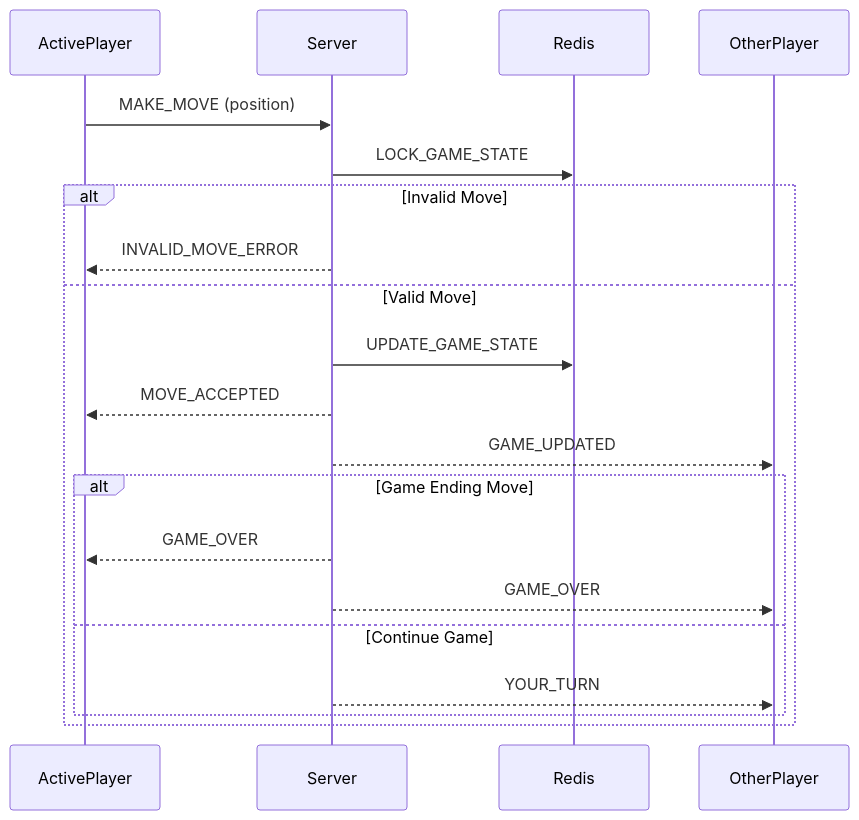
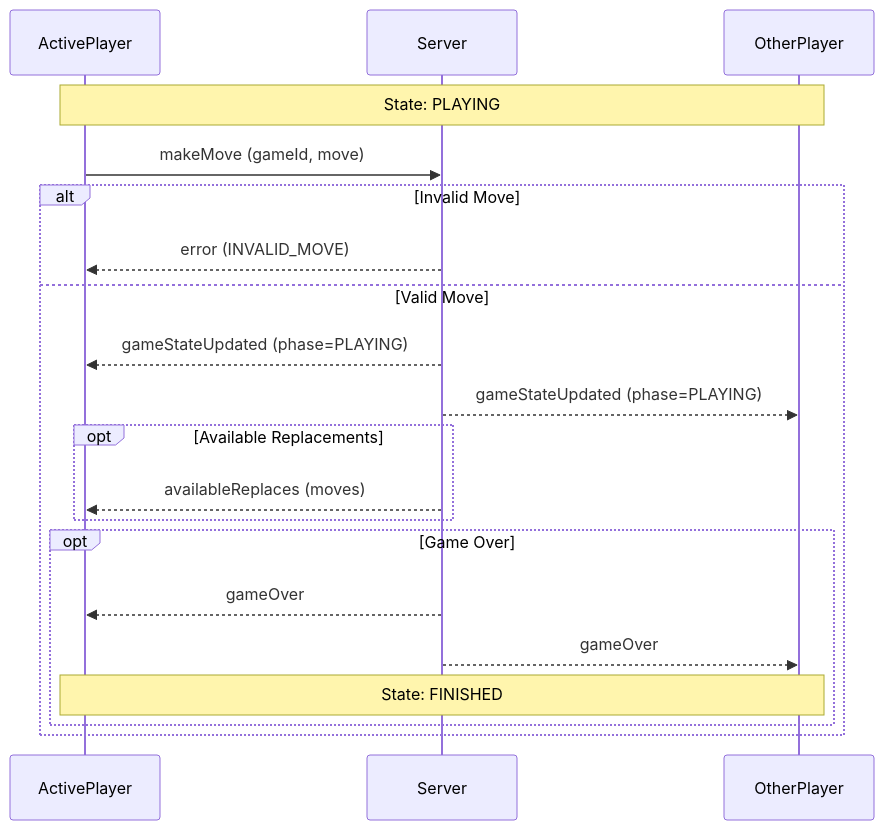
Before and after one commit to vcb88/ctorgame: the fourth of 5 diagrams in docs/GAME_FLOW.md, drawn with Mermaid. The commit also changed other lines of this file, not shown here.

Commit message:
docs: update game flow documentation with new state machine and event protocol

````diff
--- a/docs/GAME_FLOW.md
+++ b/docs/GAME_FLOW.md
@@ -176,25 +140,26 @@
 ```mermaid
 sequenceDiagram
     participant ActivePlayer
     participant Server
-    participant Redis
     participant OtherPlayer
     
-    ActivePlayer->>Server: MAKE_MOVE (position)
-    Server->>Redis: LOCK_GAME_STATE
+    Note over ActivePlayer,OtherPlayer: State: PLAYING
+    ActivePlayer->>Server: makeMove (gameId, move)
     
     alt Invalid Move
-        Server-->>ActivePlayer: INVALID_MOVE_ERROR
+        Server-->>ActivePlayer: error (INVALID_MOVE)
     else Valid Move
-        Server->>Redis: UPDATE_GAME_STATE
-        Server-->>ActivePlayer: MOVE_ACCEPTED
-        Server-->>OtherPlayer: GAME_UPDATED
+        Server-->>ActivePlayer: gameStateUpdated (phase=PLAYING)
+        Server-->>OtherPlayer: gameStateUpdated (phase=PLAYING)
         
-        alt Game Ending Move
-            Server-->>ActivePlayer: GAME_OVER
-            Server-->>OtherPlayer: GAME_OVER
-        else Continue Game
-            Server-->>OtherPlayer: YOUR_TURN
+        opt Available Replacements
+            Server-->>ActivePlayer: availableReplaces (moves)
+        end
+        
+        opt Game Over
+            Server-->>ActivePlayer: gameOver
+            Server-->>OtherPlayer: gameOver
+            Note over ActivePlayer,OtherPlayer: State: FINISHED
         end
     end
 ```
````
